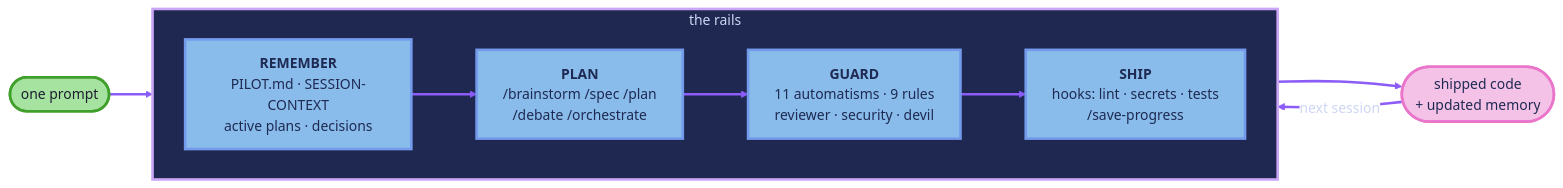
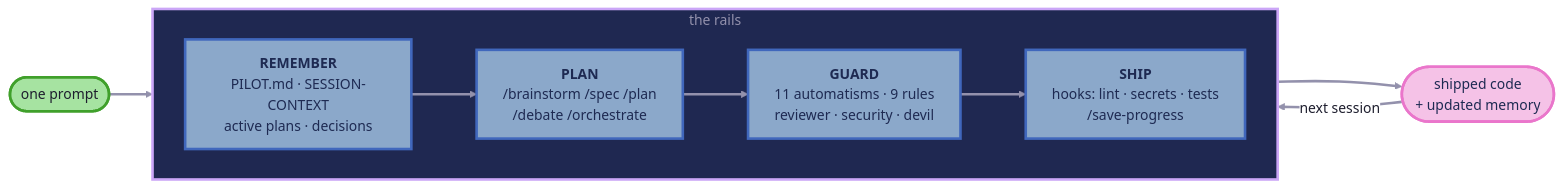
Before and after one commit to Vincent-20-100/metadev-protocol: the third of 3 diagrams in README.md, drawn with Mermaid (neutral theme). The commit also changed other lines of this file, not shown here.

First line of the commit message:
docs(readme): add 'one repo, two spaces' diagram — product vs cockpit

````diff
--- a/README.md
+++ b/README.md
@@ -82,27 +121,27 @@
 ```mermaid
 flowchart LR
-    classDef io    fill: #a6e3a1,stroke: #40a02b,stroke-width:3px,color:#1e1e2e
-    classDef stage fill: #89bceb,stroke: #749aec,stroke-width:3px,color: #1e2a52
+    classDef io    fill: #a6e3a1,stroke: #40a02b,stroke-width:3px,color: #1e1e2e
+    classDef stage fill: #8ba8ca,stroke: #4067bc,stroke-width:3px,color: #1e2a52
     classDef out   fill: #f5c2e7,stroke: #ea76cb,stroke-width:3px,color: #1e2a52
 
     PROMPT(["one prompt"]):::io
 
     subgraph RAILS["the rails"]
         direction LR
         REMEMBER["<b>REMEMBER</b><br/>PILOT.md · SESSION-CONTEXT<br/>active plans · decisions"]:::stage
         PLAN["<b>PLAN</b><br/>/brainstorm /spec /plan<br/>/debate /orchestrate"]:::stage
         GUARD["<b>GUARD</b><br/>11 automatisms · 9 rules<br/>reviewer · security · devil"]:::stage
         SHIP["<b>SHIP</b><br/>hooks: lint · secrets · tests<br/>/save-progress"]:::stage
         REMEMBER ==> PLAN ==> GUARD ==> SHIP
     end
 
     CODE(["shipped code<br/>+ updated memory"]):::out
 
     PROMPT ==> REMEMBER
     SHIP ==> CODE
     CODE -->|"next session"| REMEMBER
 
-    style RAILS fill: #1f2851,stroke: #cba6f7,stroke-width:3px,color: #cdd6f4
+    style RAILS fill: #1f2851,stroke: #cba6f7,stroke-width:3px,color: #9391ac
 
-    linkStyle default stroke:#8b5cf6,stroke-width:3px,color:#cdd6f4
+    linkStyle default stroke: #9391ac,stroke-width:3px,color: #1e1e2e
 ```
````
